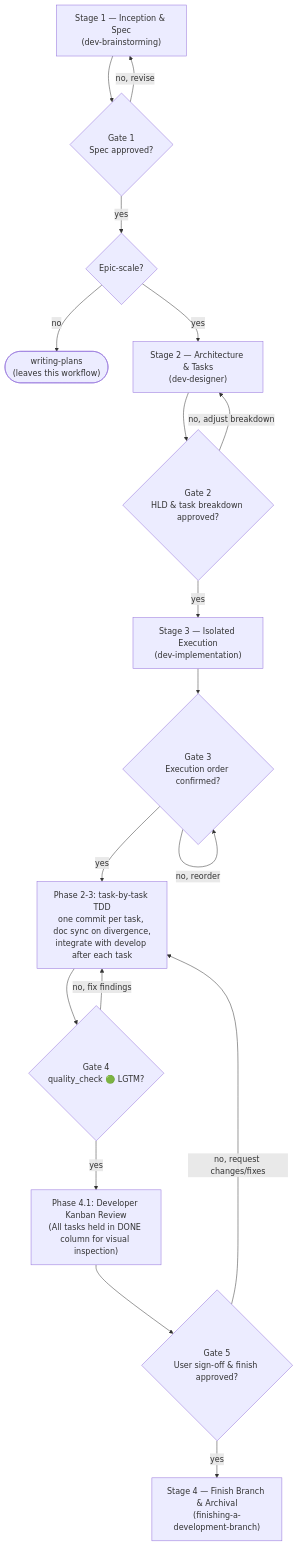
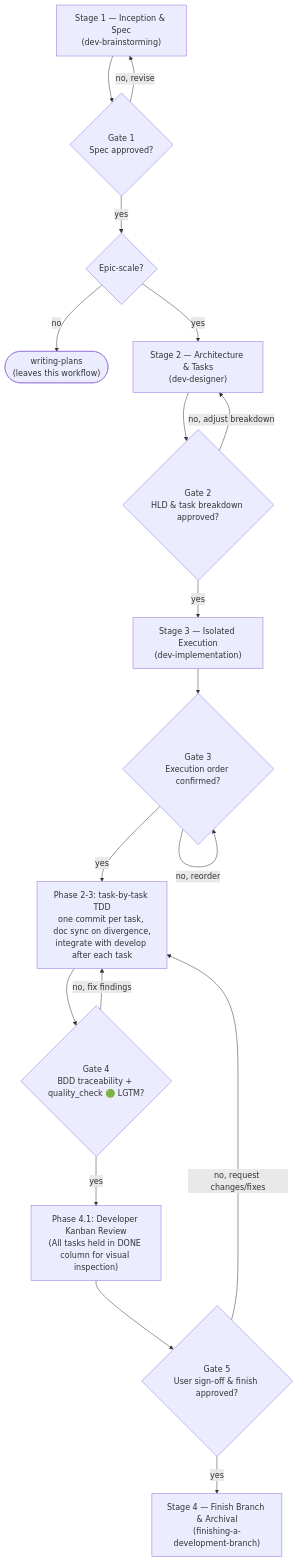
The diagram in skills/dev-lifecycle/SKILL.md (DanhDue/ai-agent-tools), drawn with Mermaid before and after one commit. The commit also changed other lines of this file and 1 other file, not shown here.

First line of the commit message:
[SKILLS] Make BDD traceability part of Gate 4

````diff
--- a/skills/dev-lifecycle/SKILL.md
+++ b/skills/dev-lifecycle/SKILL.md
@@ -26,35 +26,35 @@
 ```mermaid
 flowchart TD
     S1["Stage 1 — Inception &amp; Spec<br/>(dev-brainstorming)"]
     G1{"Gate 1<br/>Spec approved?"}
     ROUTE{"Epic-scale?"}
     PLANS(["writing-plans<br/>(leaves this workflow)"])
     S2["Stage 2 — Architecture &amp; Tasks<br/>(dev-designer)"]
     G2{"Gate 2<br/>HLD &amp; task breakdown approved?"}
     S3["Stage 3 — Isolated Execution<br/>(dev-implementation)"]
     G3{"Gate 3<br/>Execution order confirmed?"}
     EXEC["Phase 2-3: task-by-task TDD<br/>one commit per task, doc sync on divergence,<br/>integrate with develop after each task"]
-    G4{"Gate 4<br/>quality_check 🟢 LGTM?"}
+    G4{"Gate 4<br/>BDD traceability + quality_check 🟢 LGTM?"}
     REVIEW["Phase 4.1: Developer Kanban Review<br/>(All tasks held in DONE column for visual inspection)"]
     G5{"Gate 5<br/>User sign-off &amp; finish approved?"}
     S4["Stage 4 — Finish Branch &amp; Archival<br/>(finishing-a-development-branch)"]
 
     S1 --> G1
     G1 -->|no, revise| S1
     G1 -->|yes| ROUTE
     ROUTE -->|no| PLANS
     ROUTE -->|yes| S2
     S2 --> G2
     G2 -->|no, adjust breakdown| S2
     G2 -->|yes| S3
     S3 --> G3
     G3 -->|no, reorder| G3
     G3 -->|yes| EXEC
     EXEC --> G4
     G4 -->|no, fix findings| EXEC
     G4 -->|yes| REVIEW
     REVIEW --> G5
     G5 -->|no, request changes/fixes| EXEC
     G5 -->|yes| S4
 
 ```
````
